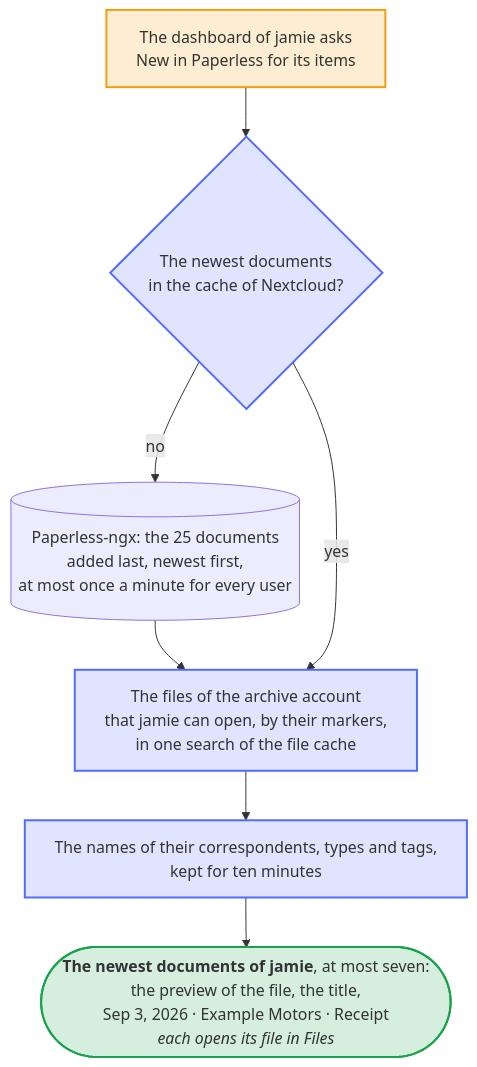
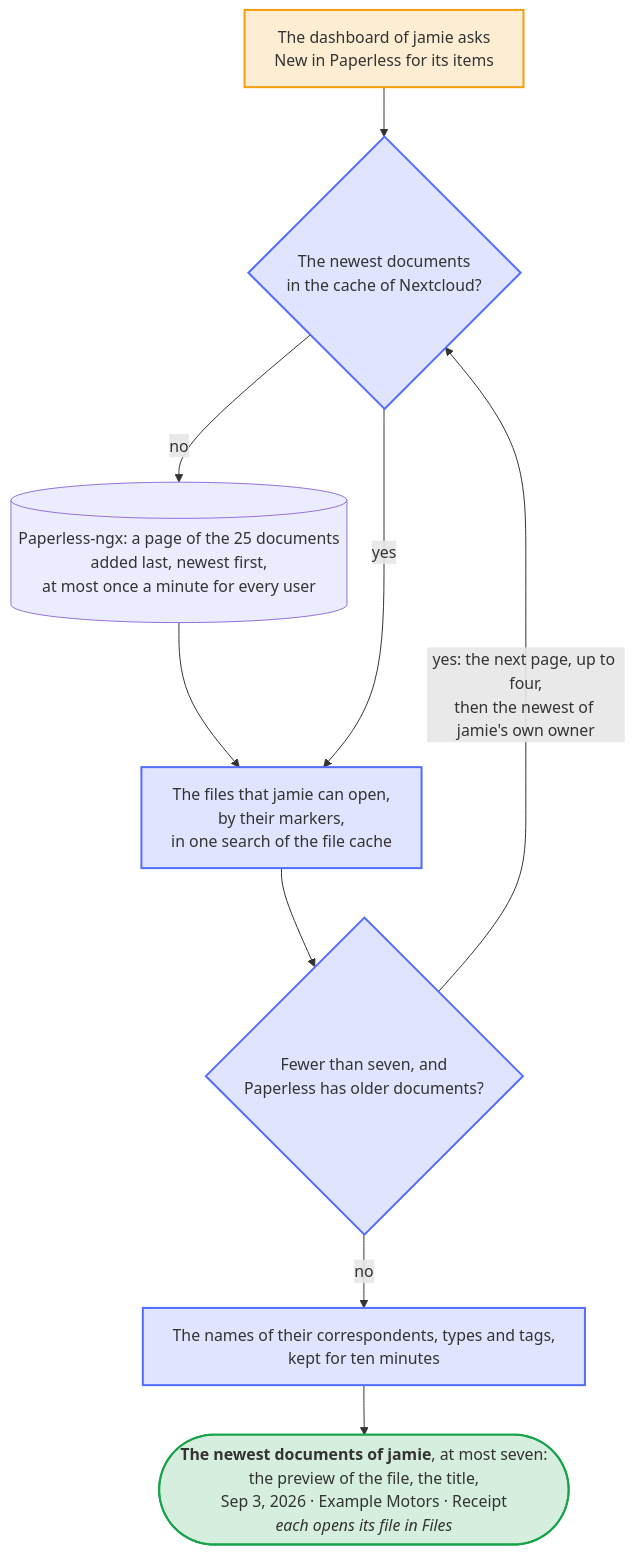
One commit to Dennis-Otto/paperless-unified-search changed the diagram in docs/diagrams/the-newest-documents-on-the-dashboard.mmd. Above: the diagram before and after it, drawn with Mermaid. The commit also changed 26 other files, not shown here.

First line of the commit message:
fix(dashboard): show a user their newest documents behind a page of others (#426)

```diff
--- a/docs/diagrams/the-newest-documents-on-the-dashboard.mmd
+++ b/docs/diagrams/the-newest-documents-on-the-dashboard.mmd
@@ -1,33 +1,36 @@
 ---
 config:
   flowchart:
     wrappingWidth: 400
     nodeSpacing: 30
 ---
 flowchart TB
     accTitle: The newest documents on the dashboard
-    accDescr: The dashboard of jamie asks the widget New in Paperless for its items. The app takes the 25 documents that Paperless-ngx added last from Nextcloud's distributed cache, or else asks Paperless for them, newest first, and keeps them for a minute for every user, since every request carries the token of the settings. Of these, jamie sees the documents whose file of the archive account jamie can open, found by their markers in one search of the file cache, at most seven, with the names of their correspondents, types and tags. Each item shows the preview of its file, its title, and the day that Paperless added it, its correspondent, its type and up to two of its tags, such as Sep 3, 2026 · Example Motors · Receipt · warranty, and opens the file in Files.
+    accDescr: The dashboard of jamie asks the widget New in Paperless for its items. The app takes a page of the 25 documents that Paperless-ngx added last from Nextcloud's distributed cache, or else asks Paperless for it, newest first, and keeps it for a minute for every user, since every request carries the token of the settings. Of these, jamie sees the documents whose file jamie can open, found by their markers in one search of the file cache. While fewer than seven are found and Paperless has older documents, the app takes the next page the same way, up to four pages, the 100 newest documents, and then, where Paperless Sync gives each owner an archive, the 25 newest documents of jamie's own user of Paperless. jamie sees at most seven, with the names of their correspondents, types and tags. Each item shows the preview of its file, its title, and the day that Paperless added it, its correspondent, its type and up to two of its tags, such as Sep 3, 2026 · Example Motors · Receipt · warranty, and opens the file in Files.
 
     dashboard["The dashboard of jamie asks<br>New in Paperless for its items"]
     cache{"The newest documents<br>in the cache of Nextcloud?"}
-    paperless[("Paperless-ngx: the 25 documents<br>added last, newest first,<br>at most once a minute for every user")]
-    files["The files of the archive account<br>that jamie can open, by their markers,<br>in one search of the file cache"]
+    paperless[("Paperless-ngx: a page of the 25 documents<br>added last, newest first,<br>at most once a minute for every user")]
+    files["The files that jamie can open,<br>by their markers,<br>in one search of the file cache"]
+    more{"Fewer than seven, and<br>Paperless has older documents?"}
     names["The names of their correspondents, types and tags,<br>kept for ten minutes"]
     widget(["`**The newest documents of jamie**, at most seven:
     the preview of the file, the title,
     Sep 3, 2026 · Example Motors · Receipt
     *each opens its file in Files*`"])
 
     dashboard --> cache
     cache -- "no" --> paperless
     paperless --> files
     cache -- "yes" --> files
-    files --> names
+    files --> more
+    more -- "yes: the next page, up to four,<br>then the newest of jamie's own owner" --> cache
+    more -- "no" --> names
     names --> widget
 
     classDef you fill:#f59e0b2e,stroke:#f59e0b,stroke-width:2px
     classDef app fill:#526cfe2e,stroke:#526cfe,stroke-width:2px
     classDef yes fill:#16a34a2e,stroke:#16a34a,stroke-width:2px
     class dashboard you
-    class cache,files,names app
+    class cache,files,more,names app
     class widget yes
```
